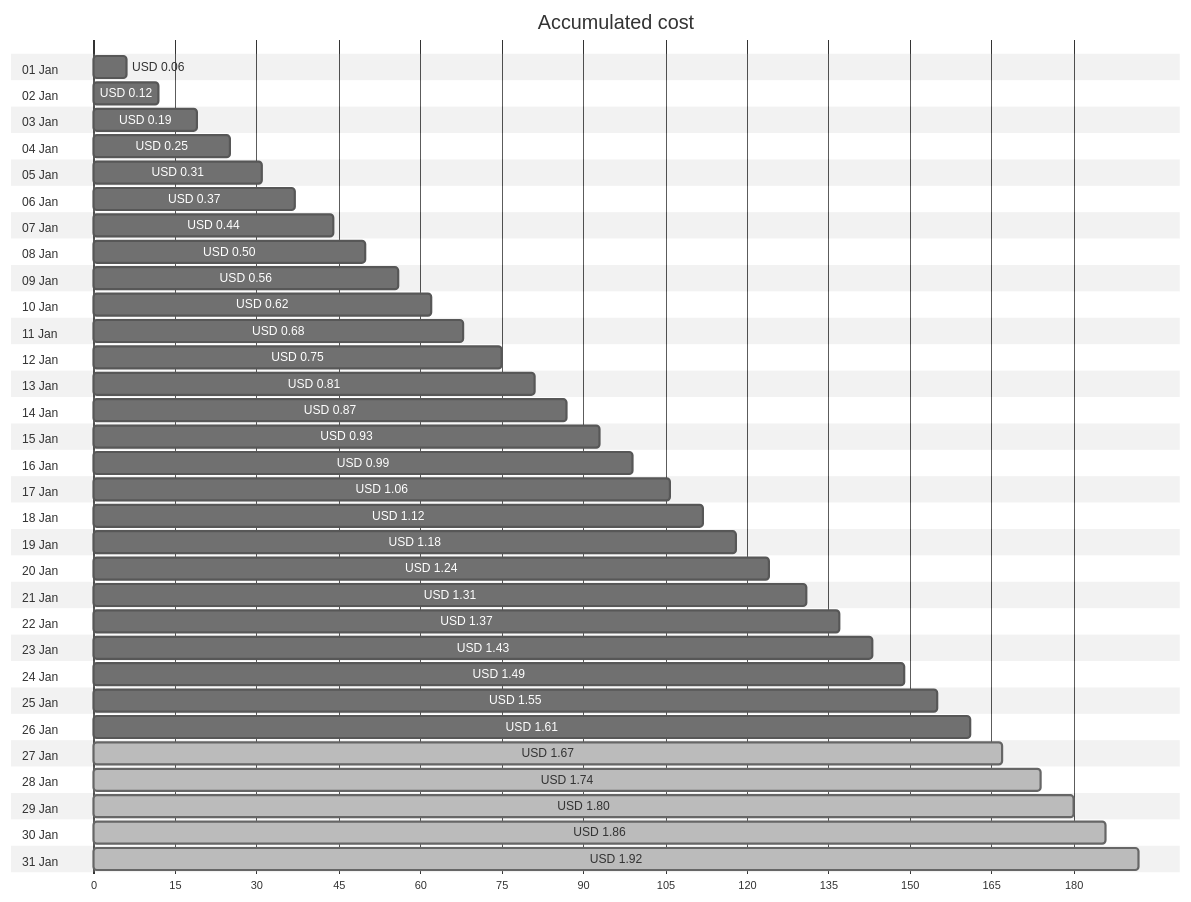
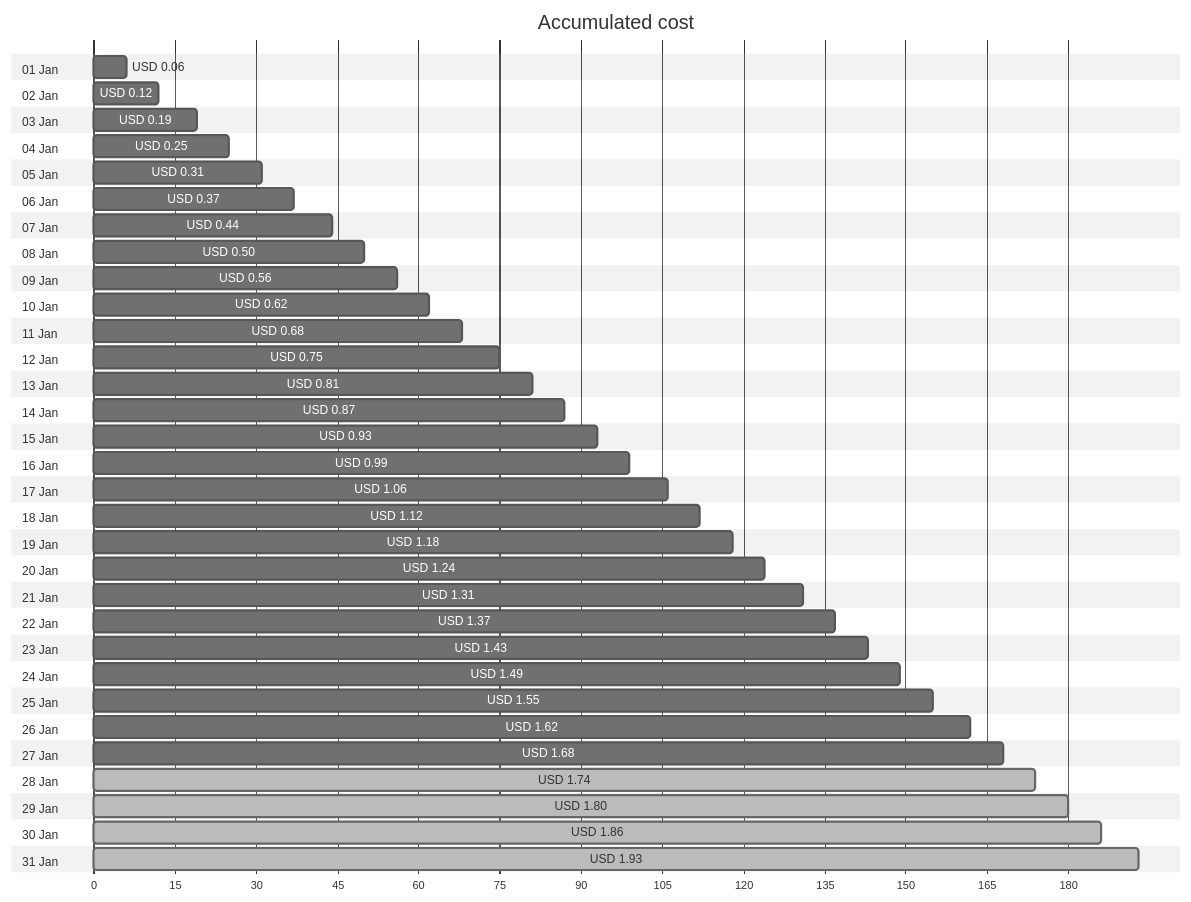
The first of 4 diagrams in cost-reports/personal-network/vpn-server_OsDisk.md (jpfulton/azure-personal-reports), drawn with Mermaid (neutral theme) before and after one commit. The commit also changed other lines of this file and 8 other files, not shown here.

````diff
--- a/cost-reports/personal-network/vpn-server_OsDisk.md
+++ b/cost-reports/personal-network/vpn-server_OsDisk.md
@@ -20,68 +20,68 @@
 ```mermaid
 gantt
    title Accumulated cost
    dateFormat  X
    axisFormat %s
    section 01 Jan
    USD 0.06 :0, 6
    section 02 Jan
    USD 0.12 :0, 12
    section 03 Jan
    USD 0.19 :0, 19
    section 04 Jan
    USD 0.25 :0, 25
    section 05 Jan
    USD 0.31 :0, 31
    section 06 Jan
    USD 0.37 :0, 37
    section 07 Jan
    USD 0.44 :0, 44
    section 08 Jan
    USD 0.50 :0, 50
    section 09 Jan
    USD 0.56 :0, 56
    section 10 Jan
    USD 0.62 :0, 62
    section 11 Jan
    USD 0.68 :0, 68
    section 12 Jan
    USD 0.75 :0, 75
    section 13 Jan
    USD 0.81 :0, 81
    section 14 Jan
    USD 0.87 :0, 87
    section 15 Jan
    USD 0.93 :0, 93
    section 16 Jan
    USD 0.99 :0, 99
    section 17 Jan
    USD 1.06 :0, 106
    section 18 Jan
    USD 1.12 :0, 112
    section 19 Jan
    USD 1.18 :0, 118
    section 20 Jan
    USD 1.24 :0, 124
    section 21 Jan
    USD 1.31 :0, 131
    section 22 Jan
    USD 1.37 :0, 137
    section 23 Jan
    USD 1.43 :0, 143
    section 24 Jan
    USD 1.49 :0, 149
    section 25 Jan
    USD 1.55 :0, 155
    section 26 Jan
-   USD 1.61 :0, 161
+   USD 1.62 :0, 162
    section 27 Jan
-   USD 1.67 : done, 0, 167
+   USD 1.68 :0, 168
    section 28 Jan
    USD 1.74 : done, 0, 174
    section 29 Jan
    USD 1.80 : done, 0, 180
    section 30 Jan
    USD 1.86 : done, 0, 186
    section 31 Jan
-   USD 1.92 : done, 0, 192
+   USD 1.93 : done, 0, 193
 ```
````
